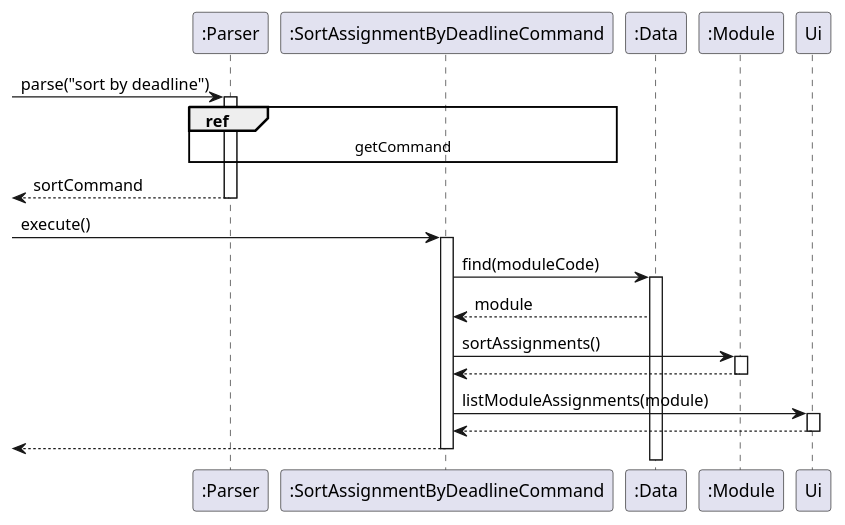
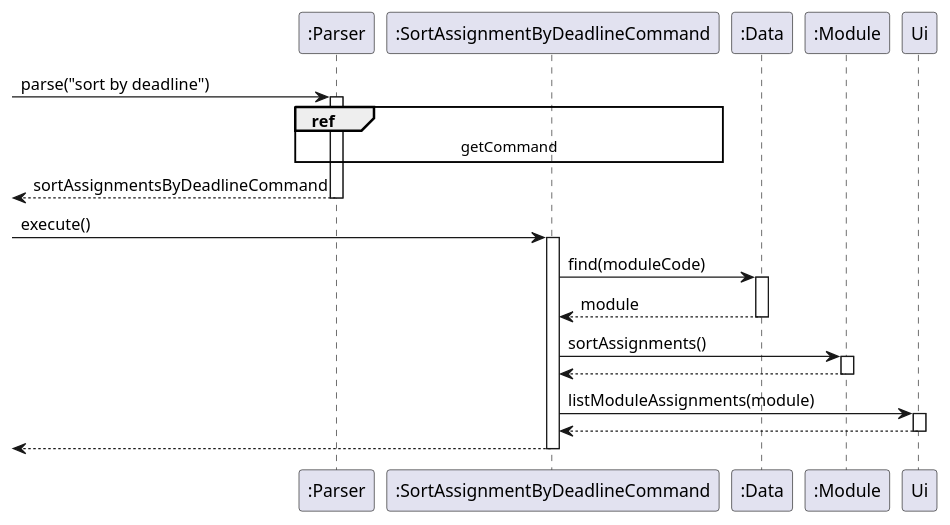
Before and after one commit to vaiish371/tp: the diagram in docs/uml/SortAssignmentByDeadlineCommand.puml, drawn with PlantUML. The commit also changed 14 other files, not shown here.

```diff
--- a/docs/uml/SortAssignmentByDeadlineCommand.puml
+++ b/docs/uml/SortAssignmentByDeadlineCommand.puml
@@ -1,40 +1,41 @@
 @startuml
 
 participant ":Parser" as Parser
 participant ":SortAssignmentByDeadlineCommand" as Command
 participant ":Data" as Data
 participant ":Module" as Module
 
 
 [-> Parser : parse("sort by deadline")
 activate Parser
 
 ref over Parser, Command : getCommand
 
-[<-- Parser : sortCommand
+[<-- Parser : sortAssignmentsByDeadlineCommand
 deactivate Parser
 
 [->Command : execute()
 activate Command
 
 Command -> Data : find(moduleCode)
 activate Data
 
 Data --> Command : module
+deactivate Data
 
 Command -> Module : sortAssignments()
 activate Module
 
 Module --> Command
 deactivate Module
 
 Command -> Ui : listModuleAssignments(module)
 activate Ui
 
 Ui --> Command
 deactivate Ui
 
 [<-- Command
 deactivate Command
 
 @enduml
```
